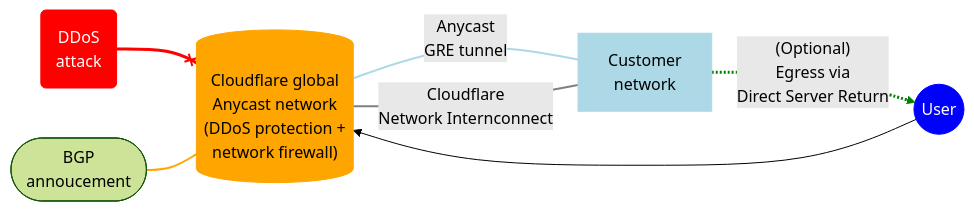
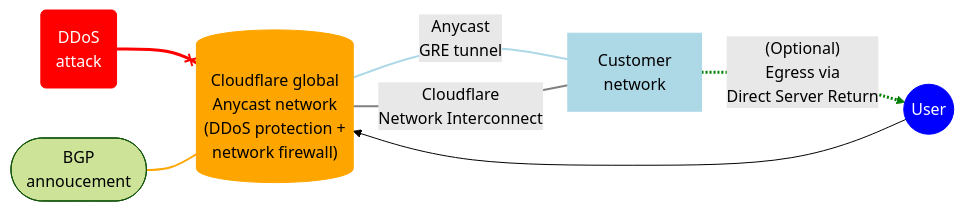
Before and after one commit to rdhanarot/cloudflare-docs: the diagram in content/magic-transit/about.md, drawn with Mermaid (forest theme).

Commit message:
text correction (#8118)

````diff
--- a/content/magic-transit/about.md
+++ b/content/magic-transit/about.md
@@ -21,28 +21,28 @@
 ```mermaid
 flowchart LR
 accTitle: Magic Transit
 accDescr: Diagram showing how Magic Transit protects traffic on the customer's network.
 
 A(DDoS <br> attack)
 B[("Cloudflare global <br> Anycast network <br> (DDoS protection + <br> network firewall)")]
 C[Customer <br> network]
 D((User))
 E([BGP <br> annoucement])
 
 A --x B
 E --- B
 B-- Anycast <br> GRE tunnel ---C
-B-- Cloudflare <br> Network Internconnect ---C
+B-- Cloudflare <br> Network Interconnect ---C
 C-. "(Optional) <br> Egress via <br> Direct Server Return" .-> D
 D --> B
 
 style A stroke: red,fill: red,color: white
 style B stroke: orange,fill: orange
 style C stroke: #ADD8E6,fill: #ADD8E6
 style D stroke: blue,fill: blue,color: white
 linkStyle 0 stroke-width:3px,stroke:red
 linkStyle 1 stroke-width:2px,stroke:orange
 linkStyle 2 stroke-width:2px,stroke:#ADD8E6
 linkStyle 3 stroke-width:2px,stroke:gray
 linkStyle 4 stroke-width:3px,stroke:green
 ```
````
